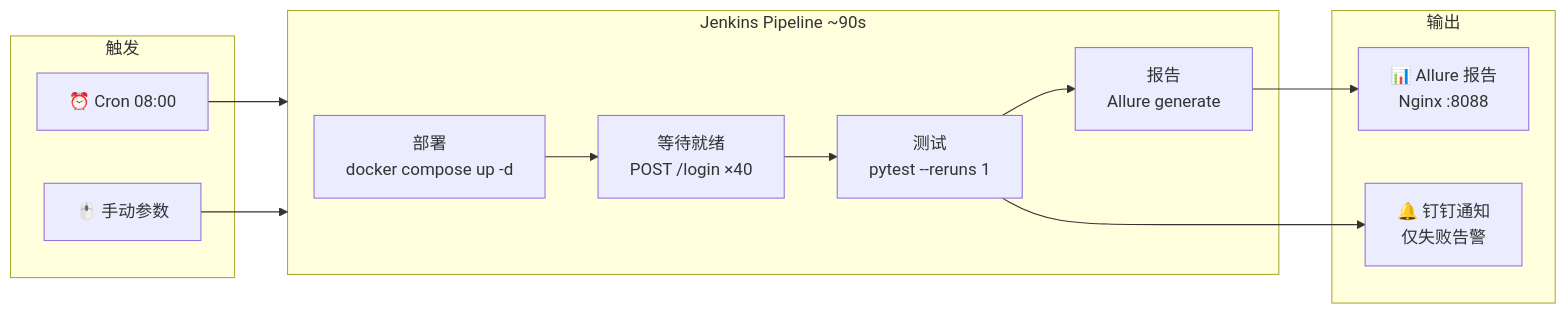
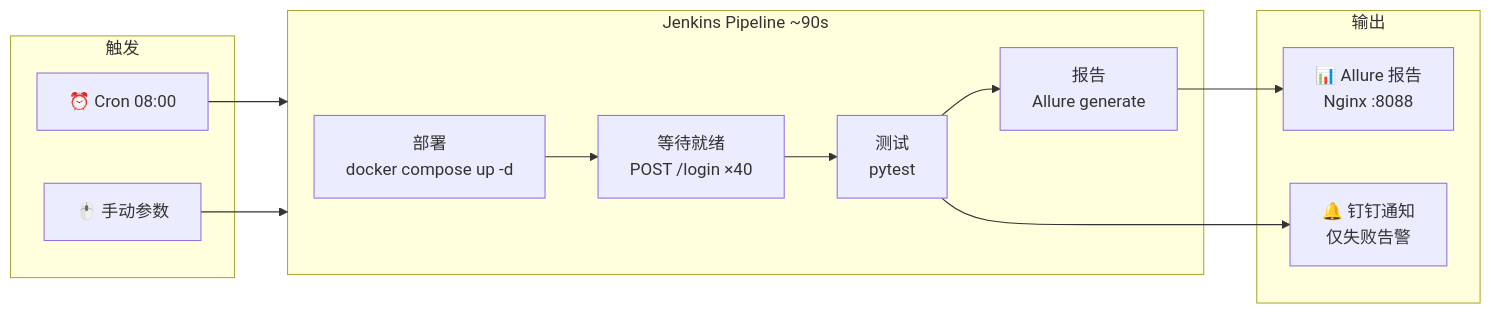
Before and after one commit to Mavie521/ruoyi-api-test: the fourth of 6 diagrams in README.md, drawn with Mermaid. The commit also changed other lines of this file and 5 other files, not shown here.

First line of the commit message:
feat: add POST idempotency test + remove unused pytest-rerunfailures

````diff
--- a/README.md
+++ b/README.md
@@ -187,25 +187,25 @@
 ```mermaid
 graph LR
     subgraph Trigger["触发"]
         Cron["⏰ Cron 08:00"]
         Manual["🖱️ 手动参数"]
     end
 
     subgraph Pipeline["Jenkins Pipeline ~90s"]
         Deploy["部署<br/>docker compose up -d"]
         Wait["等待就绪<br/>POST /login ×40"]
-        Test["测试<br/>pytest --reruns 1"]
+        Test["测试<br/>pytest"]
         Report["报告<br/>Allure generate"]
     end
 
     subgraph Output["输出"]
         AllureReport["📊 Allure 报告<br/>Nginx :8088"]
         DingTalk["🔔 钉钉通知<br/>仅失败告警"]
     end
 
     Cron --> Pipeline
     Manual --> Pipeline
     Deploy --> Wait --> Test --> Report
     Report --> AllureReport
     Test --> DingTalk
 ```
````
